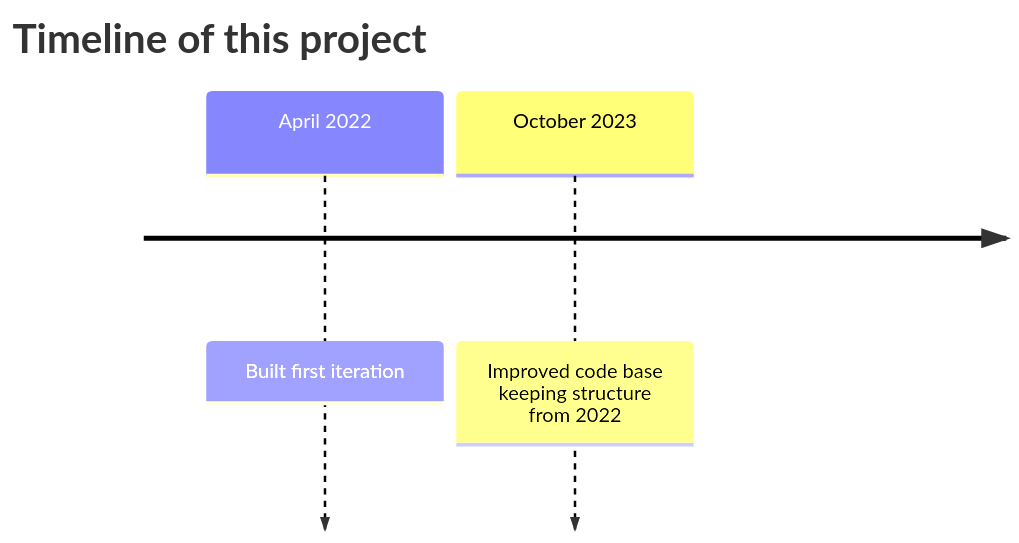
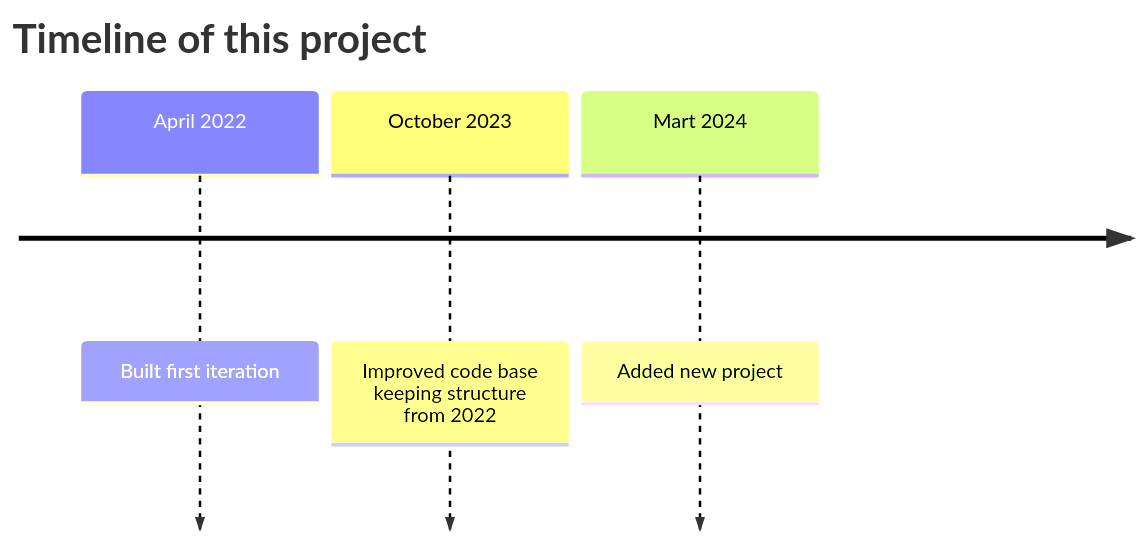
One commit to RinalinDS/portfolio changed the diagram in README.md. Above: the diagram before and after it, drawn with Mermaid. The commit also changed other lines of this file, not shown here.

````diff
--- a/README.md
+++ b/README.md
@@ -4,7 +3,8 @@
 ```mermaid
 timeline
     title Timeline of this project
     April 2022 : Built first iteration
     October 2023 : Improved code base keeping structure from 2022
+    Mart 2024 : Added new project
 
 ```
````
